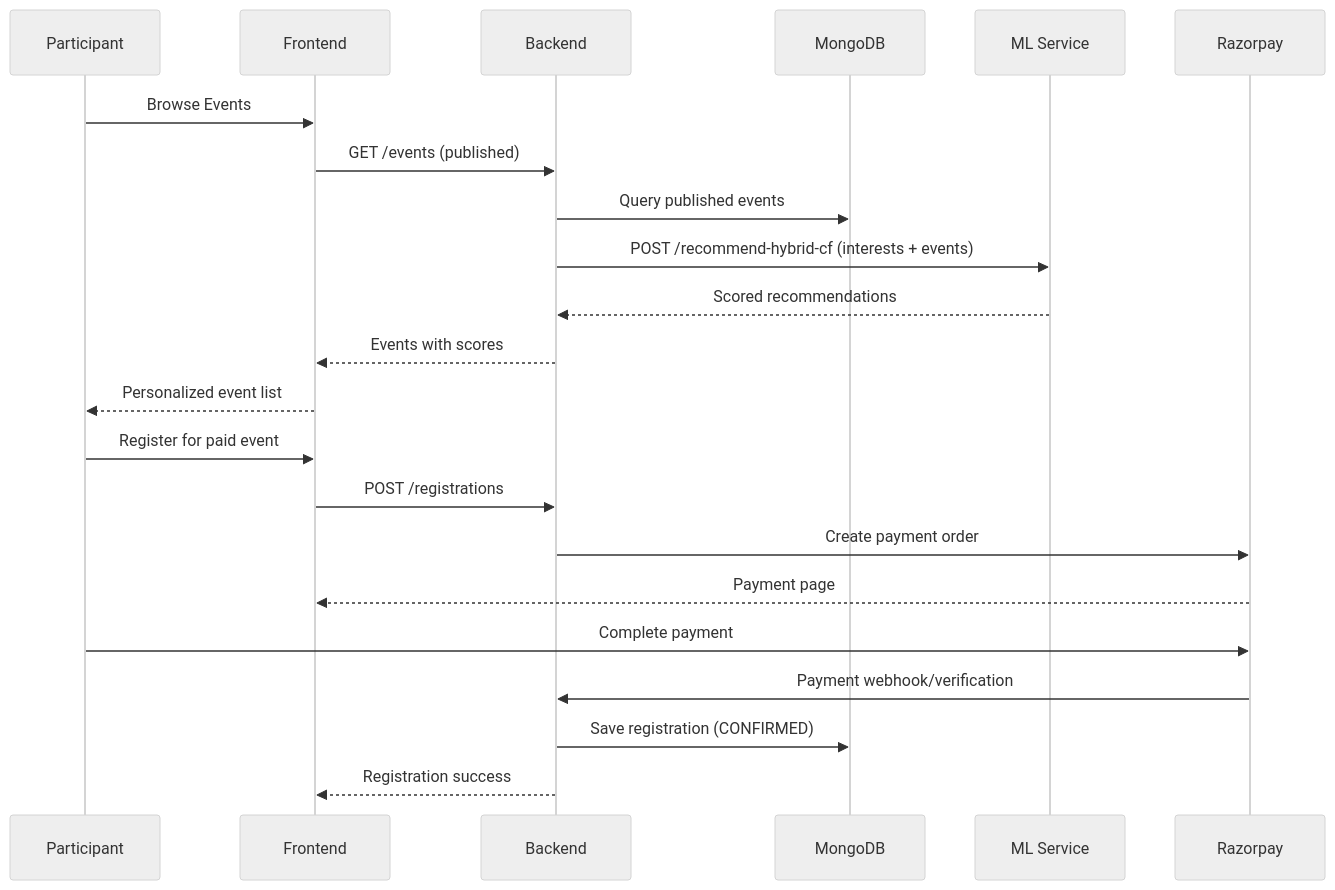
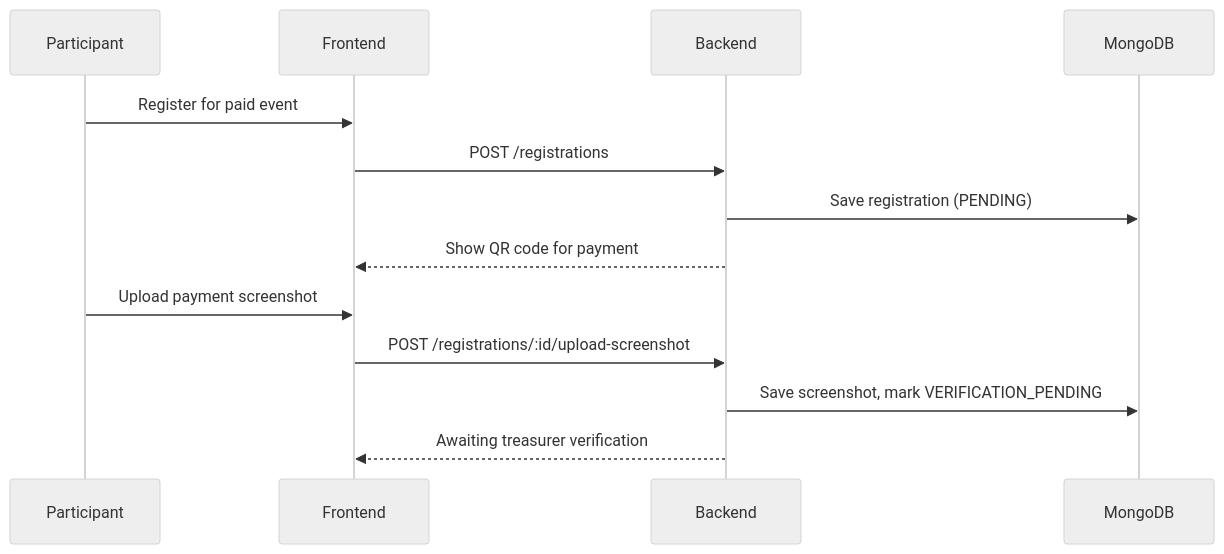
Before and after one commit to mathanmichaelraj-byte/acaconnect: the second of 2 diagrams in architecture.md, drawn with Mermaid (neutral theme). The commit also changed other lines of this file and 35 other files, not shown here.

````diff
--- a/architecture.md
+++ b/architecture.md
@@ -81,28 +65,17 @@
 ```mermaid
 sequenceDiagram
     participant P as Participant
     participant FE as Frontend
     participant BE as Backend
     participant DB as MongoDB
-    participant ML as ML Service
-    participant RZ as Razorpay
-
-    %% Event Recommendation Flow
-    P->>FE: Browse Events
-    FE->>BE: GET /events (published)
-    BE->>DB: Query published events
-    BE->>ML: POST /recommend-hybrid-cf (interests + events)
-    ML-->>BE: Scored recommendations
-    BE-->>FE: Events with scores
-    FE-->>P: Personalized event list
 
     %% Registration + Payment Flow
     P->>FE: Register for paid event
     FE->>BE: POST /registrations
-    BE->>RZ: Create payment order
-    RZ-->>FE: Payment page
-    P->>RZ: Complete payment
-    RZ->>BE: Payment webhook/verification
-    BE->>DB: Save registration (CONFIRMED)
-    BE-->>FE: Registration success
+    BE->>DB: Save registration (PENDING)
+    BE-->>FE: Show QR code for payment
+    P->>FE: Upload payment screenshot
+    FE->>BE: POST /registrations/:id/upload-screenshot
+    BE->>DB: Save screenshot, mark VERIFICATION_PENDING
+    BE-->>FE: Awaiting treasurer verification
 ```
````
